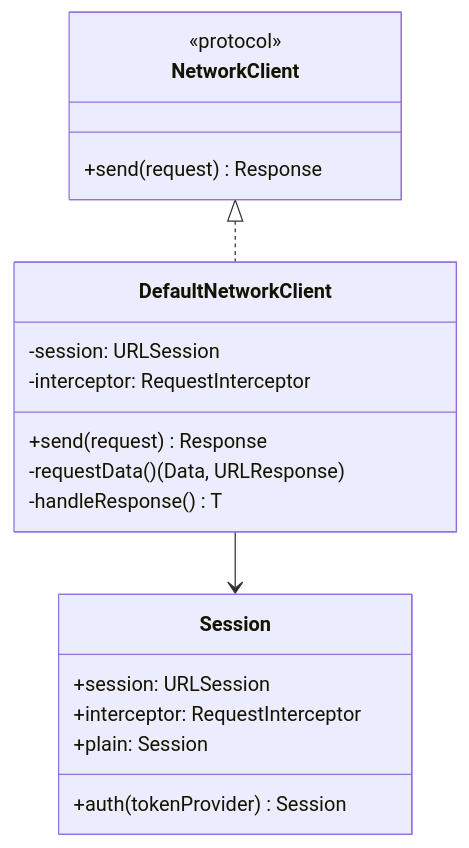
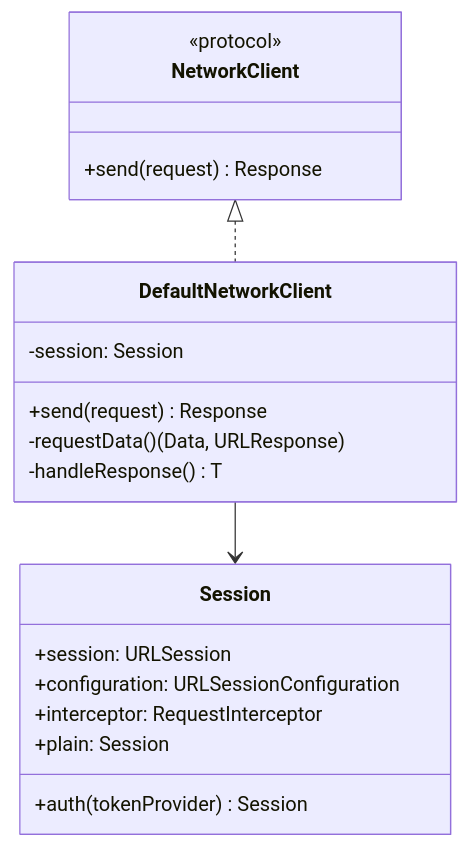
One commit to junlight94/URLSessionNetworking changed the diagram in URLSessionNetworking/URLSessionNetworking/Network/Client/README.md. Above: the diagram before and after it, drawn with Mermaid. The commit also changed 2 other files, not shown here.

Commit message:
feat. network에서 configuration을 받도록 수정

````diff
--- a/URLSessionNetworking/URLSessionNetworking/Network/Client/README.md
+++ b/URLSessionNetworking/URLSessionNetworking/Network/Client/README.md
@@ -15,25 +15,25 @@
 ```mermaid
 classDiagram
     class NetworkClient {
         <<protocol>>
         +send(request) Response
     }
     
     class DefaultNetworkClient {
-        -session: URLSession
-        -interceptor: RequestInterceptor
+        -session: Session
         +send(request) Response
         -requestData() (Data, URLResponse)
         -handleResponse() T
     }
     
     class Session {
         +session: URLSession
+        +configuration: URLSessionConfiguration
         +interceptor: RequestInterceptor
         +plain: Session
         +auth(tokenProvider) Session
     }
     
     NetworkClient <|.. DefaultNetworkClient
     DefaultNetworkClient --> Session
 ```
````
